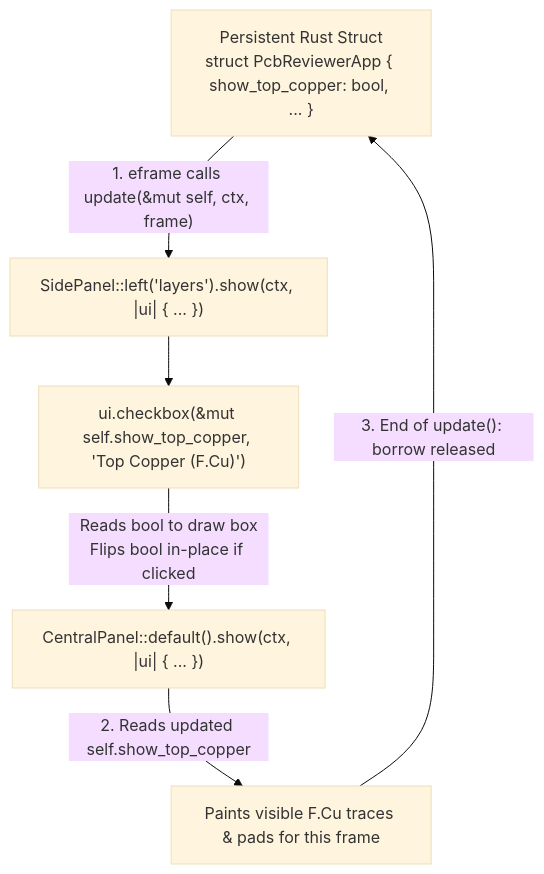
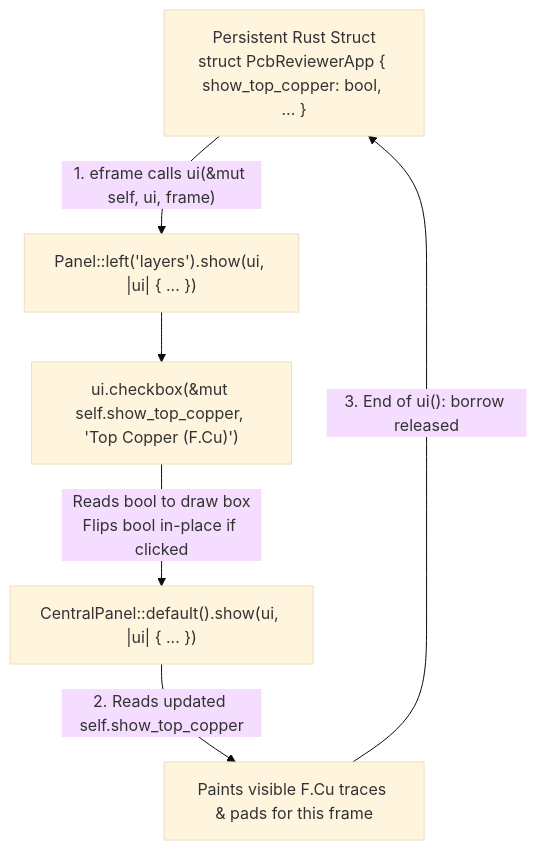
Before and after one commit to domesticmouse/learn-egui: the diagram in reference/immediate-mode-cheatsheet.md, drawn with Mermaid (base theme). The commit also changed other lines of this file and 191 other files, not shown here.

````diff
--- a/reference/immediate-mode-cheatsheet.md
+++ b/reference/immediate-mode-cheatsheet.md
@@ -9,9 +9,9 @@
 ```mermaid
 flowchart TD
     State["Persistent Rust Struct<br/>struct PcbReviewerApp { show_top_copper: bool, ... }"]
-    State -->|"1. eframe calls update(&mut self, ctx, frame)"| Side["SidePanel::left('layers').show(ctx, |ui| { ... })"]
+    State -->|"1. eframe calls ui(&mut self, ui, frame)"| Side["Panel::left('layers').show(ui, |ui| { ... })"]
     Side --> Checkbox["ui.checkbox(&mut self.show_top_copper, 'Top Copper (F.Cu)')"]
-    Checkbox -->|"Reads bool to draw box<br/>Flips bool in-place if clicked"| Central["CentralPanel::default().show(ctx, |ui| { ... })"]
+    Checkbox -->|"Reads bool to draw box<br/>Flips bool in-place if clicked"| Central["CentralPanel::default().show(ui, |ui| { ... })"]
     Central -->|"2. Reads updated self.show_top_copper"| Paint["Paints visible F.Cu traces & pads for this frame"]
-    Paint -->|"3. End of update(): borrow released"| State
+    Paint -->|"3. End of ui(): borrow released"| State
 ```
````
